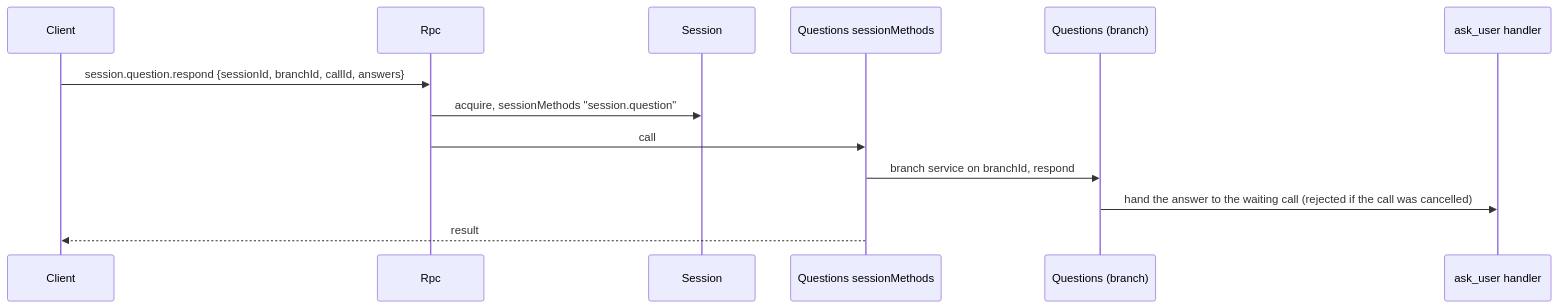
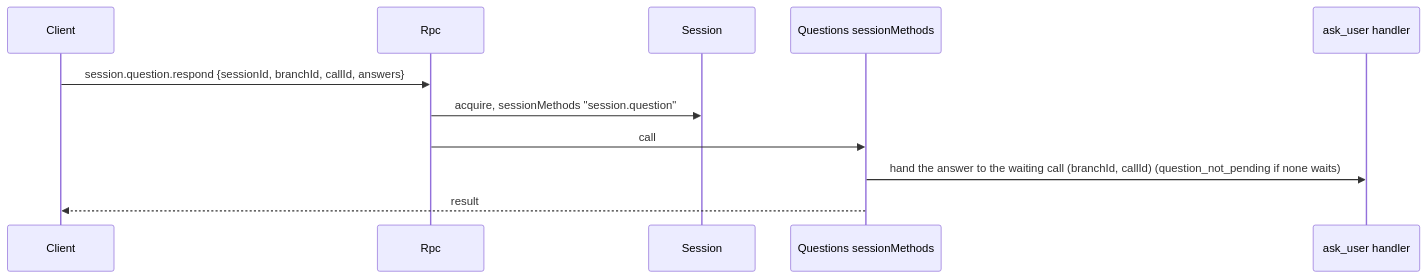
The sixth of 8 diagrams in docs/design/overview.md (CoutinhoTTS/dim-agent), drawn with Mermaid before and after one commit. The commit also changed other lines of this file and 11 other files, not shown here.

````diff
--- a/docs/design/overview.md
+++ b/docs/design/overview.md
@@ -253,15 +253,13 @@
 ```mermaid
 sequenceDiagram
   participant CL as Client
   participant Rpc as Rpc
   participant S as Session
   participant QS as Questions sessionMethods
-  participant QB as Questions (branch)
   participant H as ask_user handler
   CL->>Rpc: session.question.respond {sessionId, branchId, callId, answers}
   Rpc->>S: acquire, sessionMethods "session.question"
   Rpc->>QS: call
-  QS->>QB: branch service on branchId, respond
-  QB->>H: hand the answer to the waiting call (rejected if the call was cancelled)
+  QS->>H: hand the answer to the waiting call (branchId, callId) (question_not_pending if none waits)
   QS-->>CL: result
 ```
````
